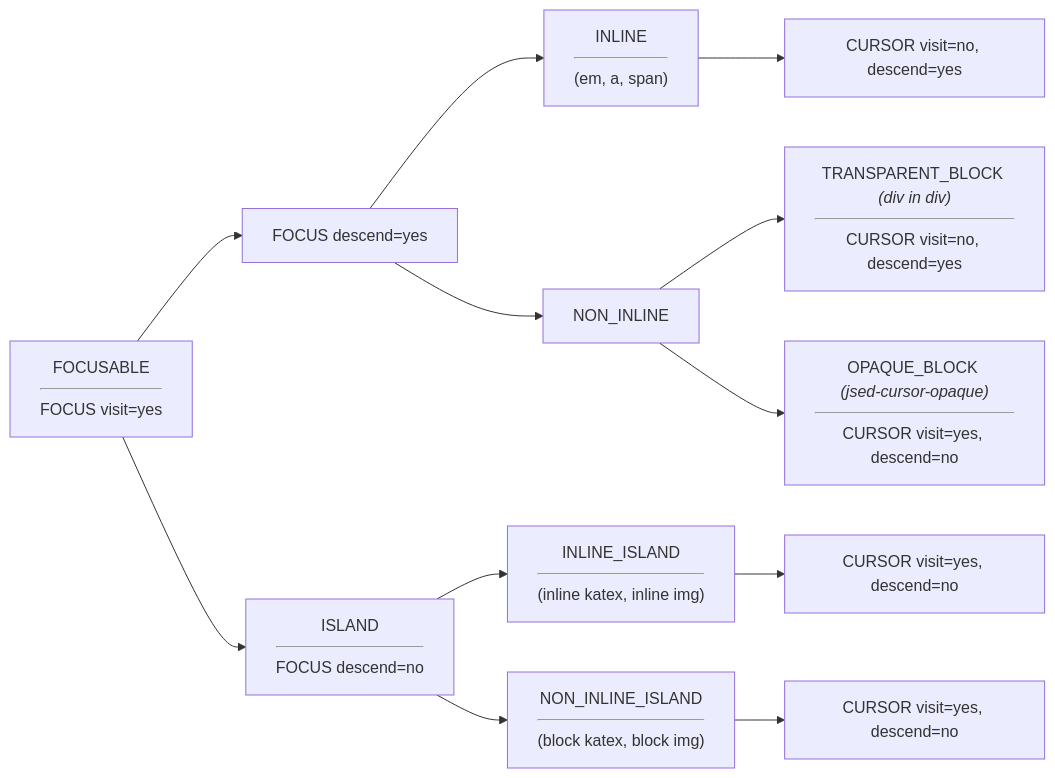
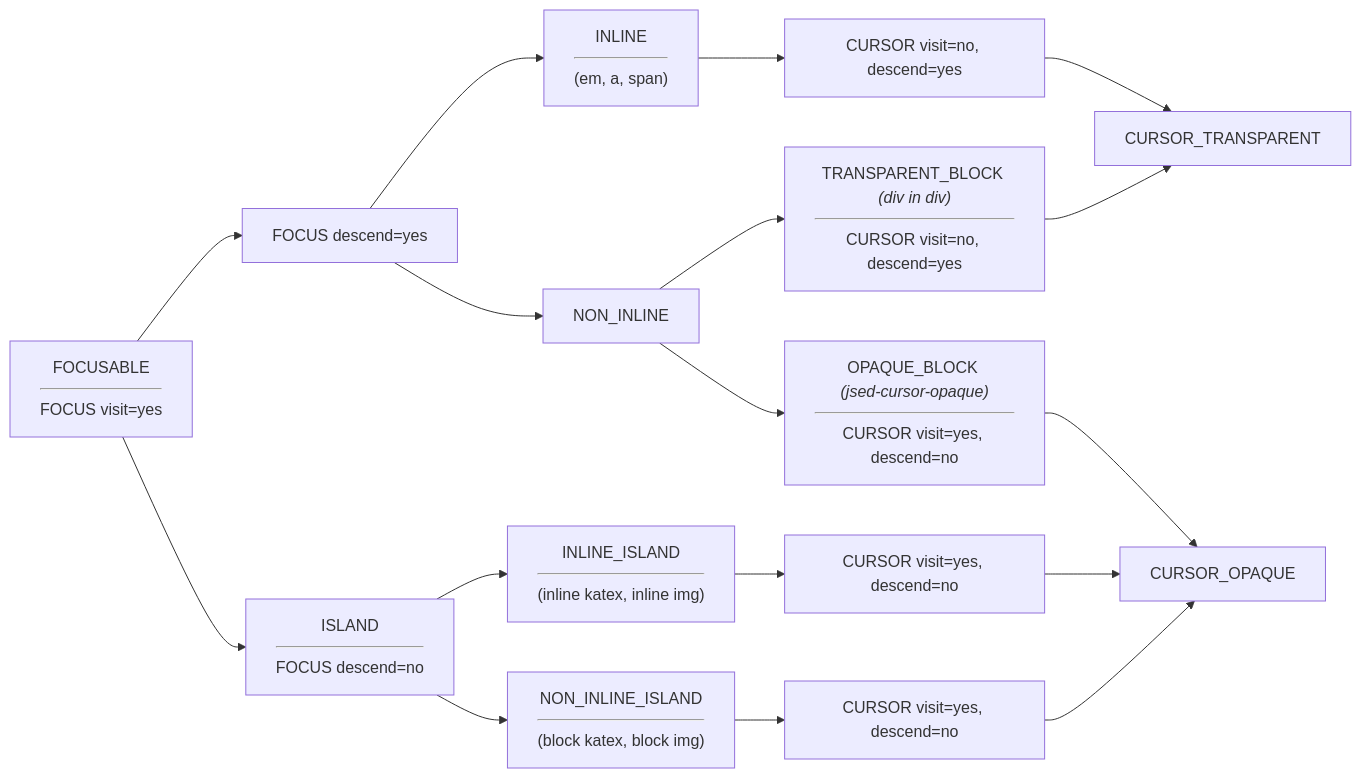
The diagram in packages/jsed/docs/vocabulary.md (danielbush/oneput), drawn with Mermaid before and after one commit. The commit also changed other lines of this file, not shown here.

Commit message:
chore(jsed): update vocab

````diff
--- a/packages/jsed/docs/vocabulary.md
+++ b/packages/jsed/docs/vocabulary.md
@@ -72,26 +81,37 @@
 ```mermaid
 graph LR
     A["FOCUSABLE<hr/>FOCUS visit=yes"] --> B["FOCUS descend=yes"]
     A --> C["ISLAND<hr/>FOCUS descend=no"]
 
     B --> D["INLINE <hr/>(em, a, span)"]
     B --> E["NON_INLINE"]
 
 
     C --> C1["INLINE_ISLAND <hr/>(inline katex, inline img)"]
     C --> C2["NON_INLINE_ISLAND <hr/>(block katex, block img)"]
     
     %% CURSOR level
 
     D --> D1["CURSOR visit=no, descend=yes"]
     %% D --> D2["visit=yes, descend=no"]
     %% D --> D3["visit=yes, descend=yes"]
     %% D --> D4["visit=no, descend=no"]
 
     E --> E1["TRANSPARENT_BLOCK <br/><em>(div in div)</em><hr/>CURSOR visit=no, descend=yes"]
     E --> E2["OPAQUE_BLOCK <br/><em>(jsed-cursor-opaque)</em><hr/>CURSOR visit=yes, descend=no"]
 
 
     C1 --> C1a["CURSOR visit=yes, descend=no"]
     C2 --> C2a["CURSOR visit=yes, descend=no"]
+    
+    F["CURSOR_OPAQUE"]
+    G["CURSOR_TRANSPARENT"]
+    
+    C1a --> F
+    C2a --> F
+    E2 --> F
+    D1 --> G
+    E1 --> G
+    
+    
 ```
````
